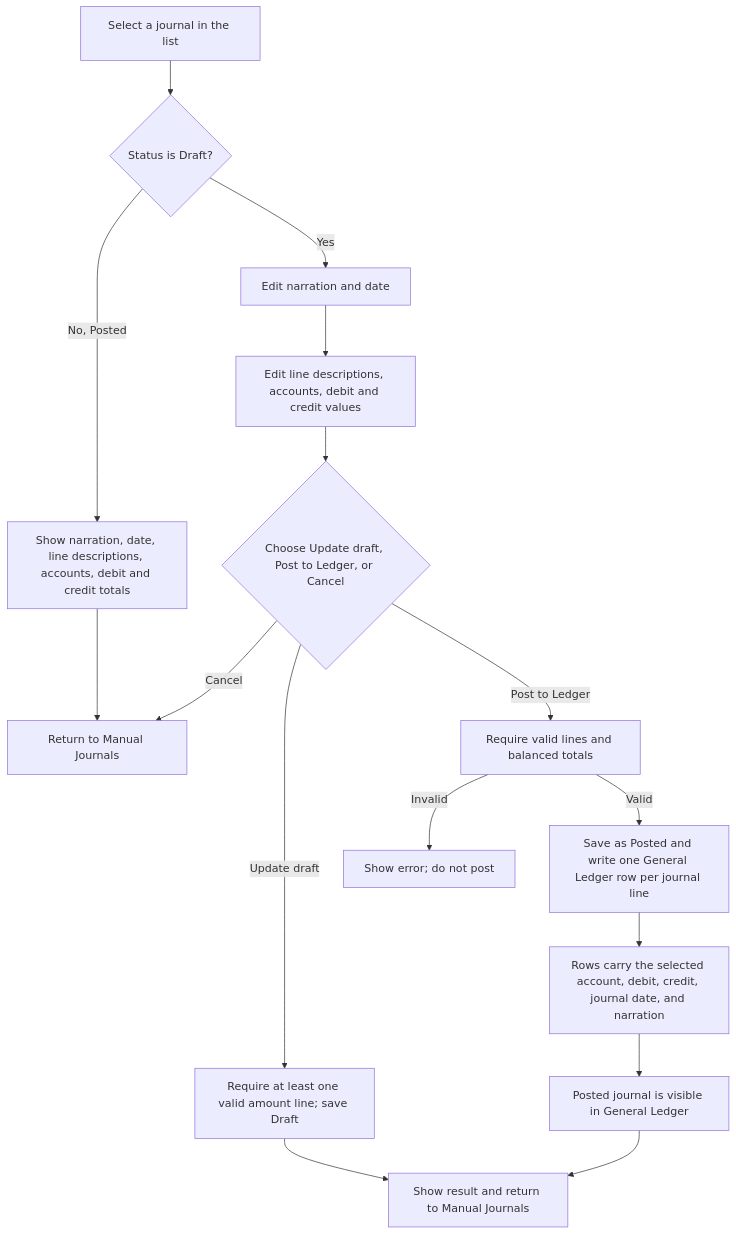
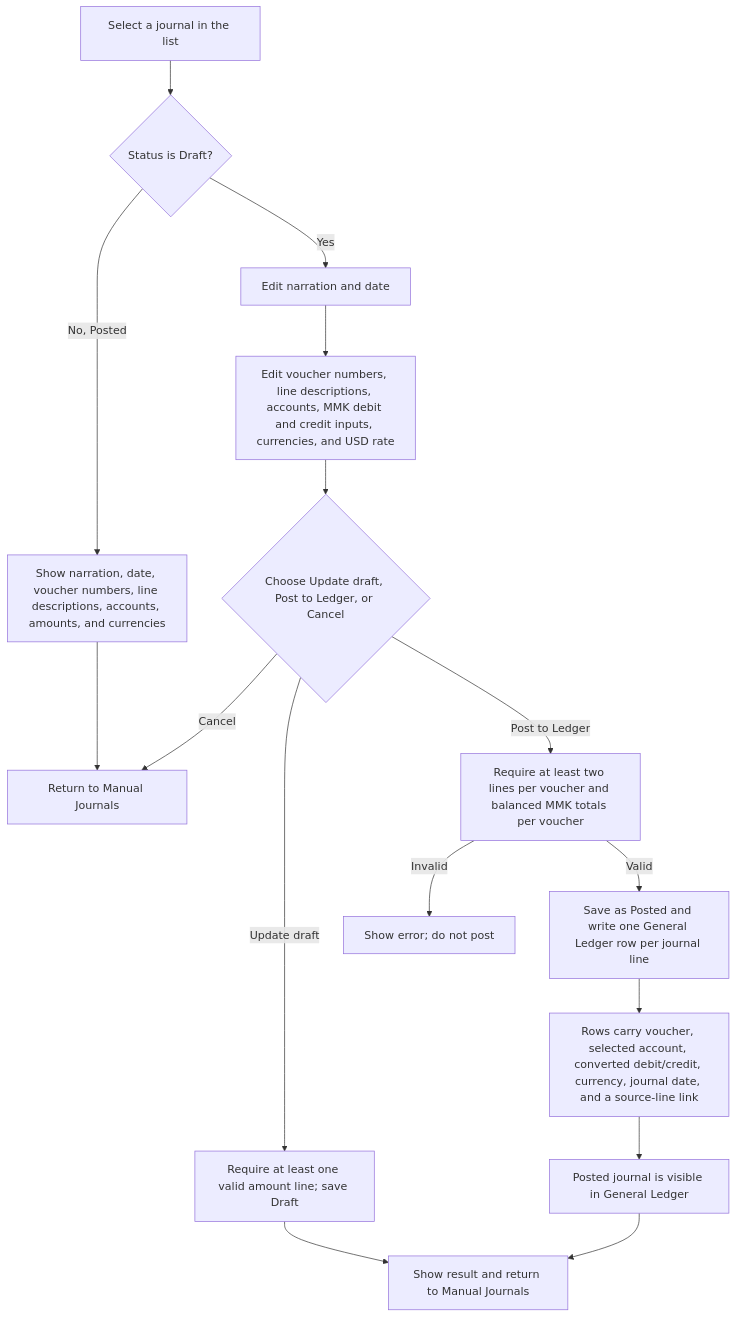
One commit to ThawHtooZin/LMS changed the third of 3 diagrams in UserFlowDiagrams/Account/manualJournalUserFlowDiagram.md. Above: the diagram before and after it, drawn with Mermaid. The commit also changed other lines of this file and 21 other files, not shown here.

Commit message:
Finished edit journal

````diff
--- a/UserFlowDiagrams/Account/manualJournalUserFlowDiagram.md
+++ b/UserFlowDiagrams/Account/manualJournalUserFlowDiagram.md
@@ -54,18 +55,18 @@
 ```mermaid
 flowchart TD
     A[Select a journal in the list] --> B{Status is Draft?}
-    B -->|No, Posted| C[Show narration, date, line descriptions, accounts, debit and credit totals]
+    B -->|No, Posted| C[Show narration, date, voucher numbers, line descriptions, accounts, amounts, and currencies]
     C --> D[Return to Manual Journals]
     B -->|Yes| E[Edit narration and date]
-    E --> F[Edit line descriptions, accounts, debit and credit values]
+    E --> F[Edit voucher numbers, line descriptions, accounts, MMK debit and credit inputs, currencies, and USD rate]
     F --> G{Choose Update draft, Post to Ledger, or Cancel}
     G -->|Cancel| D
     G -->|Update draft| H[Require at least one valid amount line; save Draft]
-    G -->|Post to Ledger| I[Require valid lines and balanced totals]
+    G -->|Post to Ledger| I[Require at least two lines per voucher and balanced MMK totals per voucher]
     I -->|Invalid| J[Show error; do not post]
     I -->|Valid| K[Save as Posted and write one General Ledger row per journal line]
-    K --> M[Rows carry the selected account, debit, credit, journal date, and narration]
+    K --> M[Rows carry voucher, selected account, converted debit/credit, currency, journal date, and a source-line link]
     M --> N[Posted journal is visible in General Ledger]
     H --> L[Show result and return to Manual Journals]
     N --> L
 ```
````
